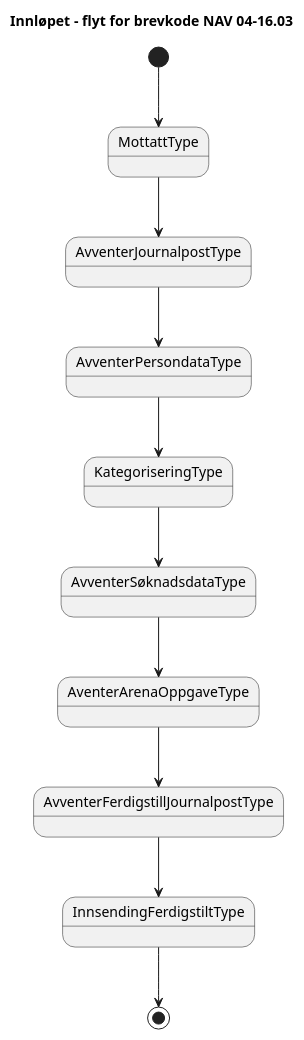
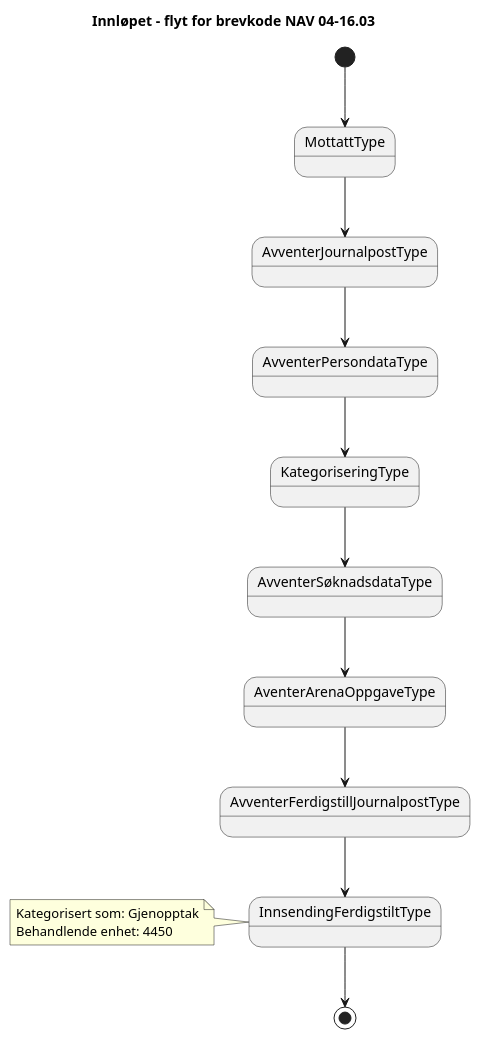
The diagram in docs/arkitektur/tilstander/NAV 04-16.03.approved.puml (navikt/dp-mottak), drawn with PlantUML before and after one commit. The commit also changed 17 other files, not shown here.

```diff
--- a/docs/arkitektur/tilstander/NAV 04-16.03.approved.puml
+++ b/docs/arkitektur/tilstander/NAV 04-16.03.approved.puml
@@ -1,14 +1,18 @@
 @startuml
 title 
 Innløpet – flyt for brevkode NAV 04-16.03
 end title           
-[*]-->MottattType 
+[*]-->MottattType
 MottattType --> AvventerJournalpostType
 AvventerJournalpostType --> AvventerPersondataType
 AvventerPersondataType --> KategoriseringType
 KategoriseringType --> AvventerSøknadsdataType
 AvventerSøknadsdataType --> AventerArenaOppgaveType
 AventerArenaOppgaveType --> AvventerFerdigstillJournalpostType
 AvventerFerdigstillJournalpostType --> InnsendingFerdigstiltType
 InnsendingFerdigstiltType--> [*]
+note left of InnsendingFerdigstiltType
+Kategorisert som: Gjenopptak
+Behandlende enhet: 4450  
+end note
 @enduml
```
